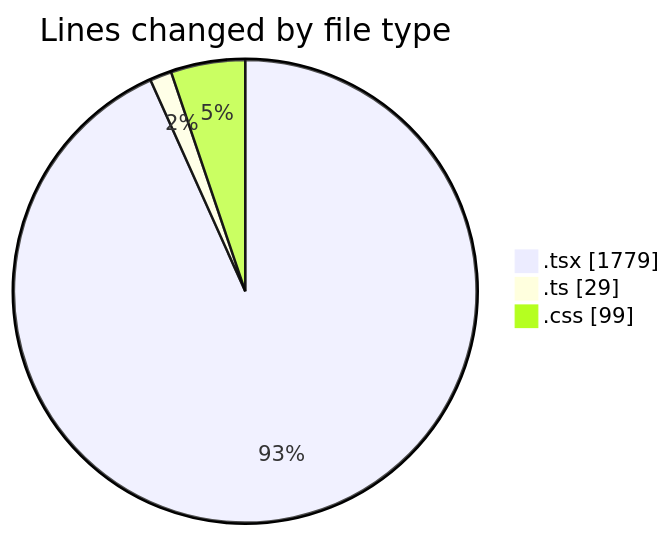
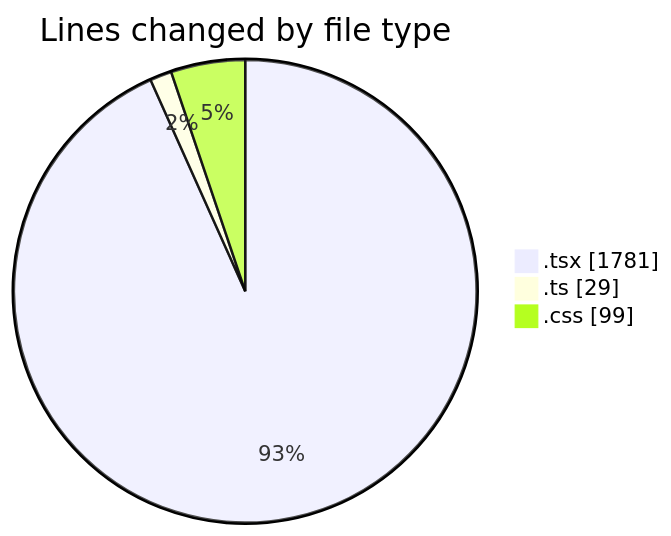
The first of 2 diagrams in 2026-07-26/nxtqube_webapp/README.md (nxtqubesakshisongat/code-tracking), drawn with Mermaid before and after one commit. The commit also changed other lines of this file and 1 other file, not shown here.

````diff
--- a/2026-07-26/nxtqube_webapp/README.md
+++ b/2026-07-26/nxtqube_webapp/README.md
@@ -33,7 +33,7 @@
 ```mermaid
 pie showData
 title Lines changed by file type
-".tsx" : 1779
+".tsx" : 1781
 ".ts" : 29
 ".css" : 99
 ```
````
